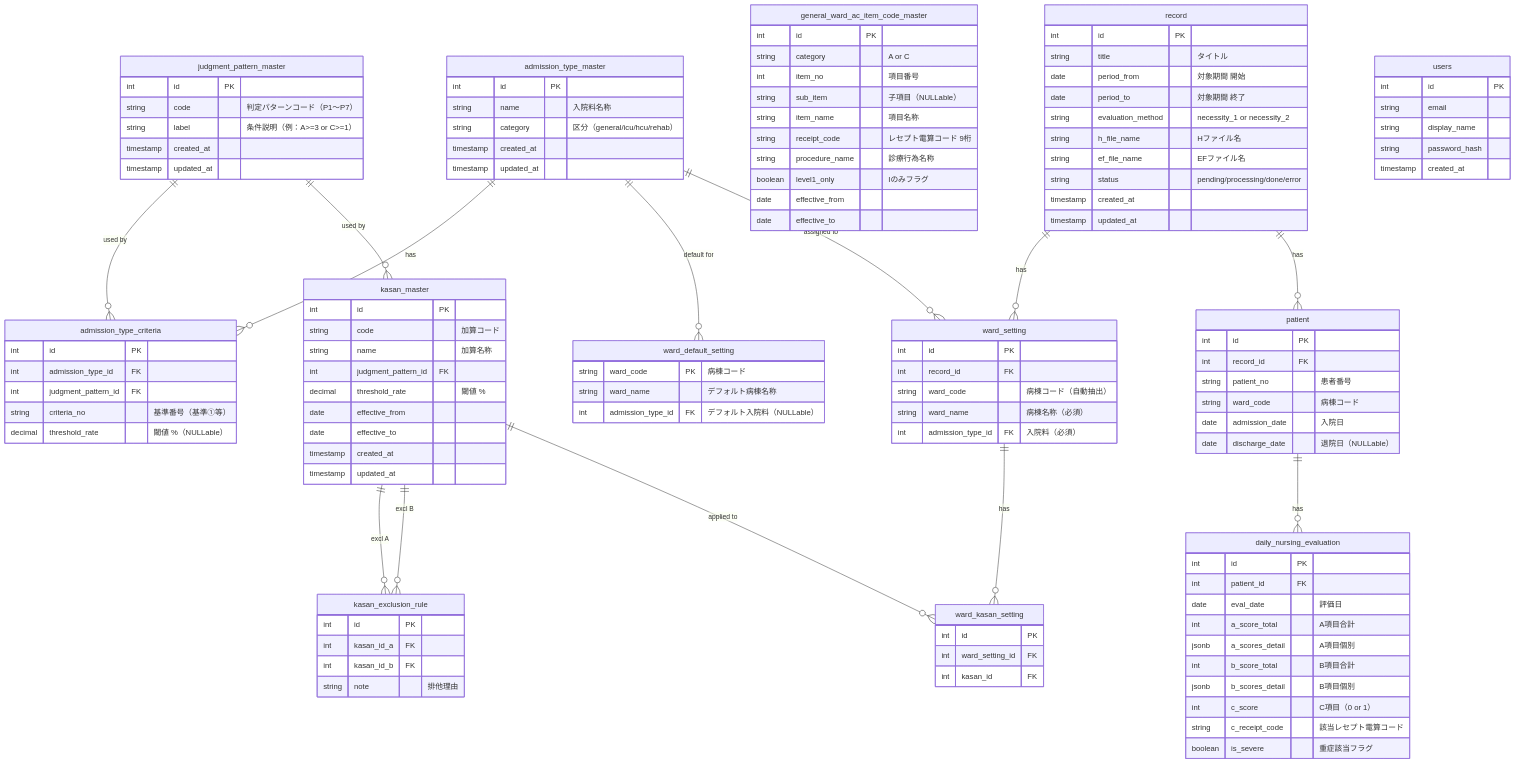
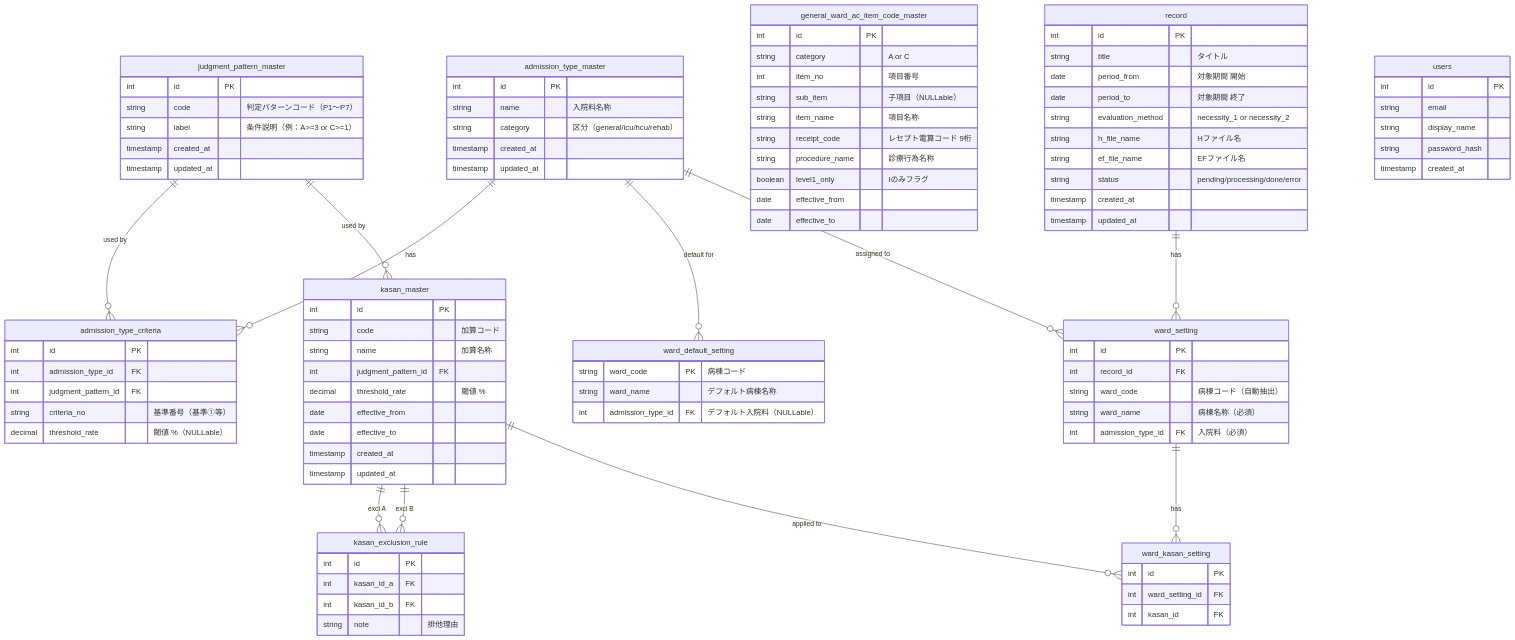
One commit to kumakumaaaaa/Hitsuyodo-Checker changed the diagram in docs/ER図_v0_4.md. Above: the diagram before and after it, drawn with Mermaid. The commit also changed other lines of this file and 3 other files, not shown here.

Commit message:
docs: IndexedDB永続化方針の撤回と未実装テーブル(patient, daily_nursing_evaluation)の削除

```diff
--- a/docs/ER図_v0_4.md
+++ b/docs/ER図_v0_4.md
@@ -155,32 +155,8 @@
     %% ==============================
     %% Layer 3: データ系（取込データ）
     %% ==============================
-
-    patient {
-        int id PK
-        int record_id FK
-        string patient_no "患者番号"
-        string ward_code "病棟コード"
-        date admission_date "入院日"
-        date discharge_date "退院日（NULLable）"
-    }
-
-    daily_nursing_evaluation {
-        int id PK
-        int patient_id FK
-        date eval_date "評価日"
-        int a_score_total "A項目合計"
-        jsonb a_scores_detail "A項目個別"
-        int b_score_total "B項目合計"
-        jsonb b_scores_detail "B項目個別"
-        int c_score "C項目（0 or 1）"
-        string c_receipt_code "該当レセプト電算コード"
-        boolean is_severe "重症該当フラグ"
-    }
-
-    %% リレーション: レコード → 患者 → 日次評価
-    record ||--o{ patient : "has"
-    patient ||--o{ daily_nursing_evaluation : "has"
+    %% ※今後の開発では分析データをDBに永続化しない方針のため、
+    %% patient テーブルや daily_nursing_evaluation テーブルの定義はここから削除済。
 
     %% ==============================
     %% Layer 4: ユーザー系（将来用）
```
